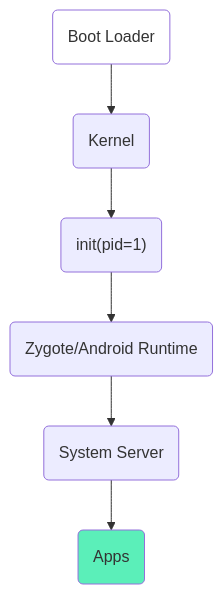
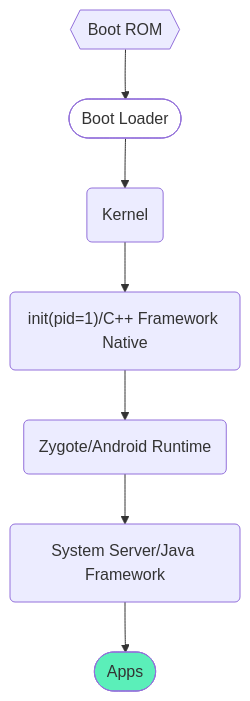
The first of 4 diagrams in android/AMS启动流程.md (boybeak/boybeak.github.io), drawn with Mermaid before and after one commit. The commit also changed other lines of this file and 1 other file, not shown here.

````diff
--- a/android/AMS启动流程.md
+++ b/android/AMS启动流程.md
@@ -12,10 +13,11 @@
 ```mermaid
 graph TD;
     style A fill:#fff
     style F fill:#5befb9
-    A(Boot Loader) --> B(Kernel);
-    B --> C("init(pid=1)");
+    Z{{Boot ROM}} --> A([Boot Loader]);
+    A --> B(Kernel);
+    B --> C("init(pid=1)/C++ Framework Native");
     C --> D(Zygote/Android Runtime);
-    D --> E(System Server);
-    E --> F(Apps);
+    D --> E(System Server/Java Framework);
+    E --> F([Apps]);
 ```
````
